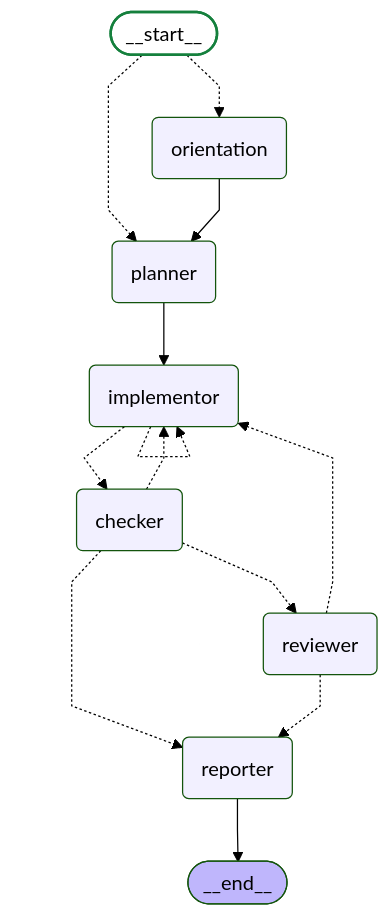
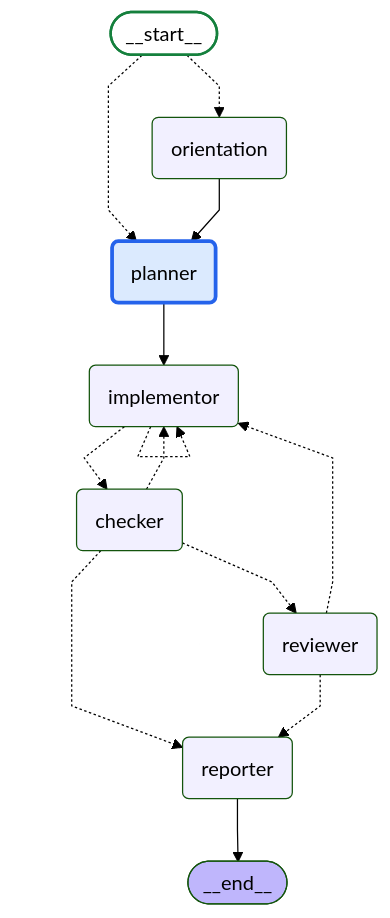
One commit to daniell0gda/hermes-feature-check-dashboard changed the diagram in latest/graph.mmd. Above: the diagram before and after it, drawn with Mermaid (forest theme). The commit also changed 5 other files, not shown here.

```diff
--- a/latest/graph.mmd
+++ b/latest/graph.mmd
@@ -1,34 +1,35 @@
 ---
 config:
   flowchart:
     curve: linear
 ---
 graph TD;
 	__start__([<p>__start__</p>]):::first
 	orientation(orientation)
 	planner(planner)
 	implementor(implementor)
 	checker(checker)
 	reviewer(reviewer)
 	reporter(reporter)
 	__end__([<p>__end__</p>]):::last
 	__start__ -.-> orientation;
 	__start__ -.-> planner;
 	checker -.-> implementor;
 	checker -.-> reporter;
 	checker -.-> reviewer;
 	implementor -.-> checker;
 	orientation --> planner;
 	planner --> implementor;
 	reviewer -.-> implementor;
 	reviewer -.-> reporter;
 	reporter --> __end__;
 	implementor -.-> implementor;
 	classDef default fill:#f2f0ff,line-height:1.2
 	classDef first fill-opacity:0
 	classDef last fill:#bfb6fc
 
 classDef done fill:#dcfce7,stroke:#15803d,stroke-width:2px;
 classDef active fill:#dbeafe,stroke:#2563eb,stroke-width:3px;
 classDef failed fill:#fee2e2,stroke:#b42318,stroke-width:2px;
+class planner active;
 class __start__ done;
```
